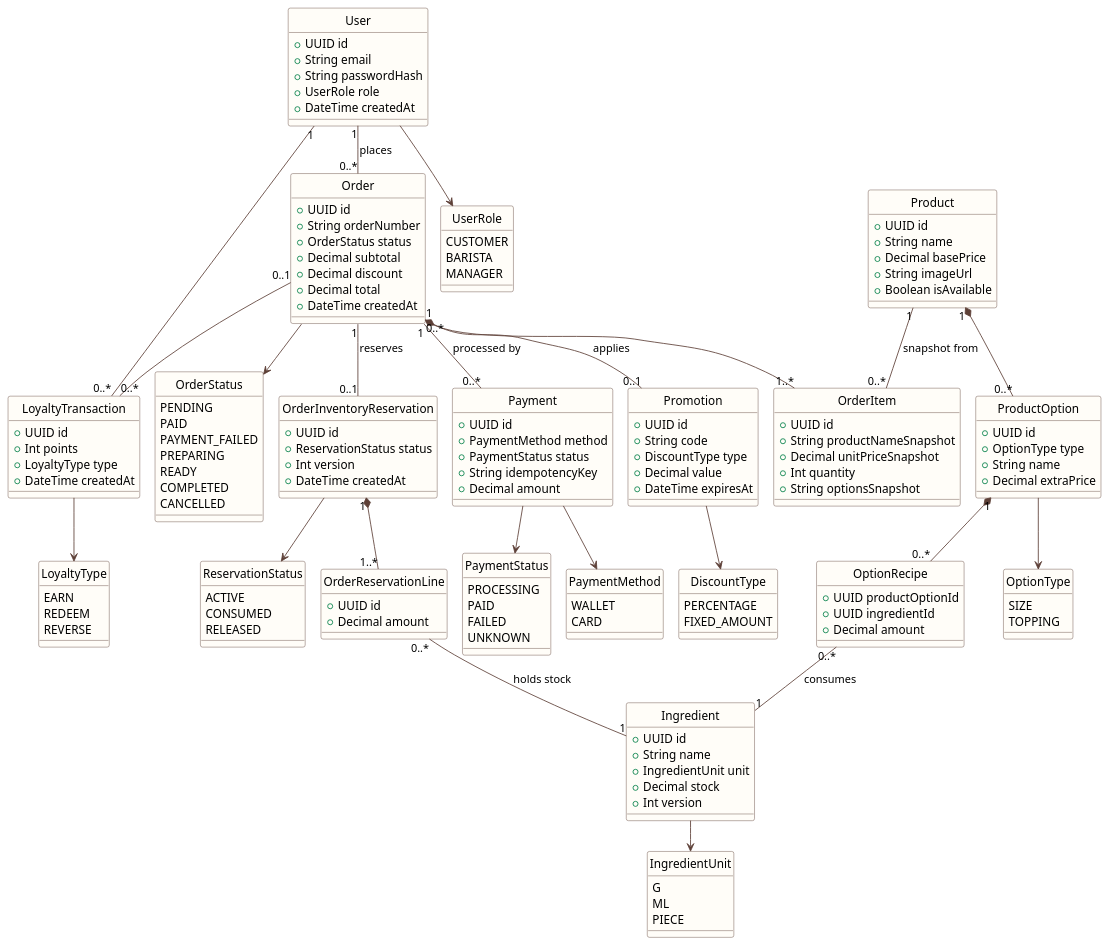
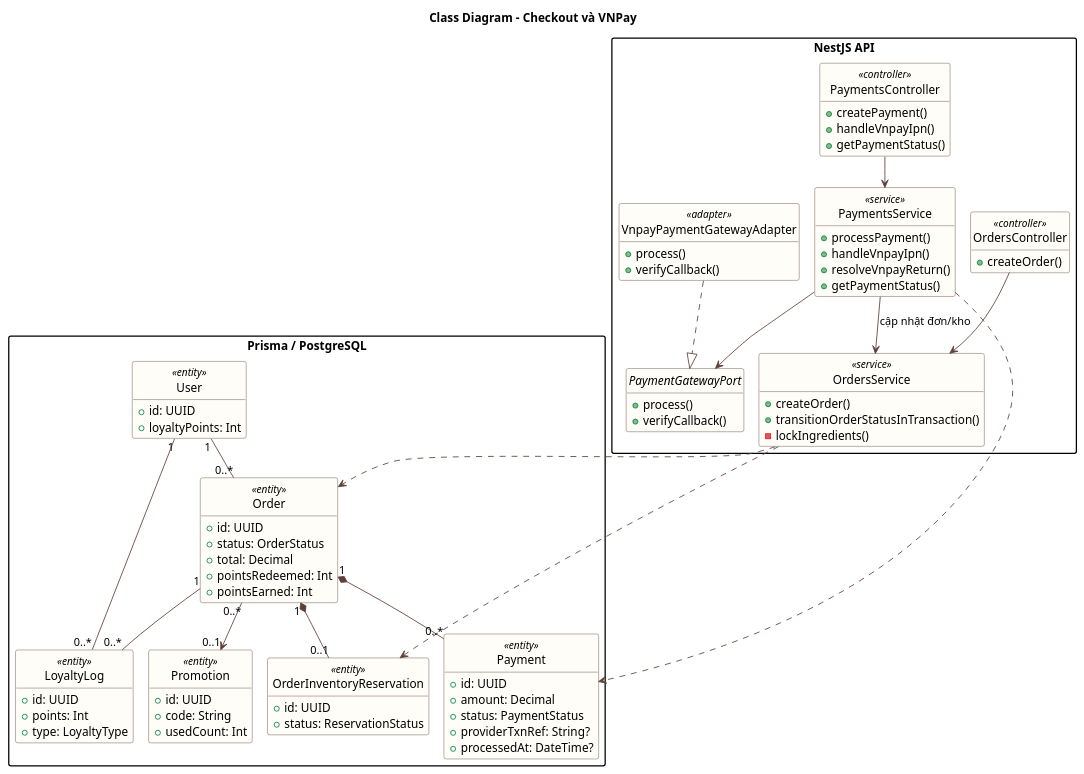
The diagram in docs/diagrams/class-domain.puml (giakhoi0123/Brewlite_swe_project2), drawn with PlantUML before and after one commit. The commit also changed 16 other files, not shown here.

Commit message:
docs(payment): align VNPay contracts and diagrams

```diff
--- a/docs/diagrams/class-domain.puml
+++ b/docs/diagrams/class-domain.puml
@@ -1,172 +1,112 @@
 @startuml
 !pragma layout smetana
+top to bottom direction
+
+title Class Diagram - Checkout và VNPay
+
 skinparam shadowing false
 skinparam defaultFontName "Noto Sans"
+skinparam packageStyle rectangle
+skinparam nodesep 25
+skinparam ranksep 30
 skinparam class {
   BackgroundColor #FFFDF8
   BorderColor #5D4037
   ArrowColor #5D4037
 }
 hide circle
+hide empty members
 
-class User {
-  +UUID id
-  +String email
-  +String passwordHash
-  +UserRole role
-  +DateTime createdAt
+package "NestJS API" {
+  class OrdersController <<controller>> {
+    +createOrder()
+  }
+
+  class PaymentsController <<controller>> {
+    +createPayment()
+    +handleVnpayIpn()
+    +getPaymentStatus()
+  }
+
+  class OrdersService <<service>> {
+    +createOrder()
+    +transitionOrderStatusInTransaction()
+    -lockIngredients()
+  }
+
+  class PaymentsService <<service>> {
+    +processPayment()
+    +handleVnpayIpn()
+    +resolveVnpayReturn()
+    +getPaymentStatus()
+  }
+
+  interface PaymentGatewayPort {
+    +process()
+    +verifyCallback()
+  }
+
+  class VnpayPaymentGatewayAdapter <<adapter>> {
+    +process()
+    +verifyCallback()
+  }
 }
 
-class Product {
-  +UUID id
-  +String name
-  +Decimal basePrice
-  +String imageUrl
-  +Boolean isAvailable
+package "Prisma / PostgreSQL" {
+  class User <<entity>> {
+    +id: UUID
+    +loyaltyPoints: Int
+  }
+
+  class Order <<entity>> {
+    +id: UUID
+    +status: OrderStatus
+    +total: Decimal
+    +pointsRedeemed: Int
+    +pointsEarned: Int
+  }
+
+  class Payment <<entity>> {
+    +id: UUID
+    +amount: Decimal
+    +status: PaymentStatus
+    +providerTxnRef: String?
+    +processedAt: DateTime?
+  }
+
+  class OrderInventoryReservation <<entity>> {
+    +id: UUID
+    +status: ReservationStatus
+  }
+
+  class Promotion <<entity>> {
+    +id: UUID
+    +code: String
+    +usedCount: Int
+  }
+
+  class LoyaltyLog <<entity>> {
+    +id: UUID
+    +points: Int
+    +type: LoyaltyType
+  }
 }
 
-class ProductOption {
-  +UUID id
-  +OptionType type
-  +String name
-  +Decimal extraPrice
-}
+OrdersController --> OrdersService
+PaymentsController --> PaymentsService
+PaymentsService --> OrdersService : cập nhật đơn/kho
+PaymentsService --> PaymentGatewayPort
+VnpayPaymentGatewayAdapter ..|> PaymentGatewayPort
 
-class OptionRecipe {
-  +UUID productOptionId
-  +UUID ingredientId
-  +Decimal amount
-}
+OrdersService ..> Order
+OrdersService ..> OrderInventoryReservation
+PaymentsService ..> Payment
 
-class Ingredient {
-  +UUID id
-  +String name
-  +IngredientUnit unit
-  +Decimal stock
-  +Int version
-}
+User "1" -- "0..*" Order
+User "1" -- "0..*" LoyaltyLog
+Order "1" *-- "0..*" Payment
+Order "1" *-- "0..1" OrderInventoryReservation
+Order "0..*" --> "0..1" Promotion
+Order "1" -- "0..*" LoyaltyLog
 
-class Order {
-  +UUID id
-  +String orderNumber
-  +OrderStatus status
-  +Decimal subtotal
-  +Decimal discount
-  +Decimal total
-  +DateTime createdAt
-}
-
-class OrderItem {
-  +UUID id
-  +String productNameSnapshot
-  +Decimal unitPriceSnapshot
-  +Int quantity
-  +String optionsSnapshot
-}
-
-class OrderInventoryReservation {
-  +UUID id
-  +ReservationStatus status
-  +Int version
-  +DateTime createdAt
-}
-
-class OrderReservationLine {
-  +UUID id
-  +Decimal amount
-}
-
-class Payment {
-  +UUID id
-  +PaymentMethod method
-  +PaymentStatus status
-  +String idempotencyKey
-  +Decimal amount
-}
-
-class Promotion {
-  +UUID id
-  +String code
-  +DiscountType type
-  +Decimal value
-  +DateTime expiresAt
-}
-
-class LoyaltyTransaction {
-  +UUID id
-  +Int points
-  +LoyaltyType type
-  +DateTime createdAt
-}
-
-enum UserRole {
-  CUSTOMER
-  BARISTA
-  MANAGER
-}
-enum OrderStatus {
-  PENDING
-  PAID
-  PAYMENT_FAILED
-  PREPARING
-  READY
-  COMPLETED
-  CANCELLED
-}
-enum ReservationStatus {
-  ACTIVE
-  CONSUMED
-  RELEASED
-}
-enum PaymentStatus {
-  PROCESSING
-  PAID
-  FAILED
-  UNKNOWN
-}
-enum PaymentMethod {
-  WALLET
-  CARD
-}
-enum OptionType {
-  SIZE
-  TOPPING
-}
-enum IngredientUnit {
-  G
-  ML
-  PIECE
-}
-enum DiscountType {
-  PERCENTAGE
-  FIXED_AMOUNT
-}
-enum LoyaltyType {
-  EARN
-  REDEEM
-  REVERSE
-}
-
-User "1" -- "0..*" Order : places
-Order "1" *-- "1..*" OrderItem
-Order "1" -- "0..*" Payment : processed by
-Product "1" -- "0..*" OrderItem : snapshot from
-Product "1" *-- "0..*" ProductOption
-ProductOption "1" *-- "0..*" OptionRecipe
-OptionRecipe "0..*" -- "1" Ingredient : consumes
-Order "1" -- "0..1" OrderInventoryReservation : reserves
-OrderInventoryReservation "1" *-- "1..*" OrderReservationLine
-OrderReservationLine "0..*" -- "1" Ingredient : holds stock
-Order "0..*" -- "0..1" Promotion : applies
-User "1" -- "0..*" LoyaltyTransaction
-Order "0..1" -- "0..*" LoyaltyTransaction
-User --> UserRole
-Order --> OrderStatus
-OrderInventoryReservation --> ReservationStatus
-Payment --> PaymentStatus
-Payment --> PaymentMethod
-ProductOption --> OptionType
-Ingredient --> IngredientUnit
-Promotion --> DiscountType
-LoyaltyTransaction --> LoyaltyType
 @enduml
```
